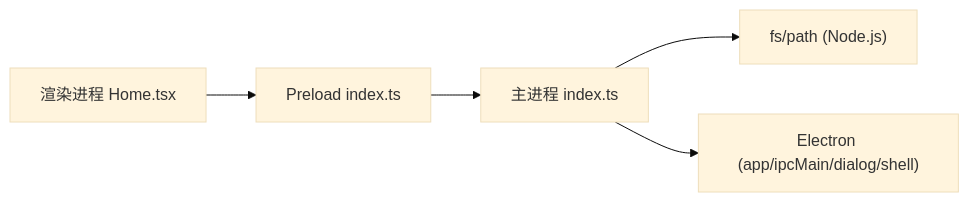
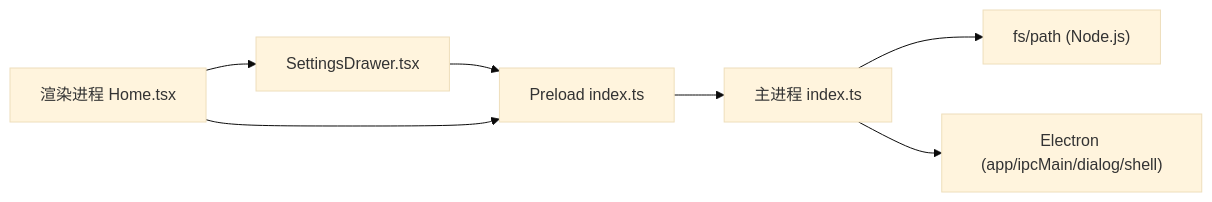
Before and after one commit to HoarfrostKimi/Video-Merger: the fourth of 4 diagrams in .qoder/repowiki/zh/content/架构设计/主进程架构/配置管理系统.md, drawn with Mermaid (base theme). The commit also changed other lines of this file and 43 other files, not shown here.

````diff
--- a/.qoder/repowiki/zh/content/架构设计/主进程架构/配置管理系统.md
+++ b/.qoder/repowiki/zh/content/架构设计/主进程架构/配置管理系统.md
@@ -250,7 +355,9 @@
 ```mermaid
 graph LR
-Renderer["渲染进程 Home.tsx"] --> Preload["Preload index.ts"]
+Renderer["渲染进程 Home.tsx"] --> SettingsDrawer["SettingsDrawer.tsx"]
+SettingsDrawer --> Preload["Preload index.ts"]
+Renderer --> Preload
 Preload --> Main["主进程 index.ts"]
 Main --> FS["fs/path (Node.js)"]
 Main --> Electron["Electron (app/ipcMain/dialog/shell)"]
 ```
````
